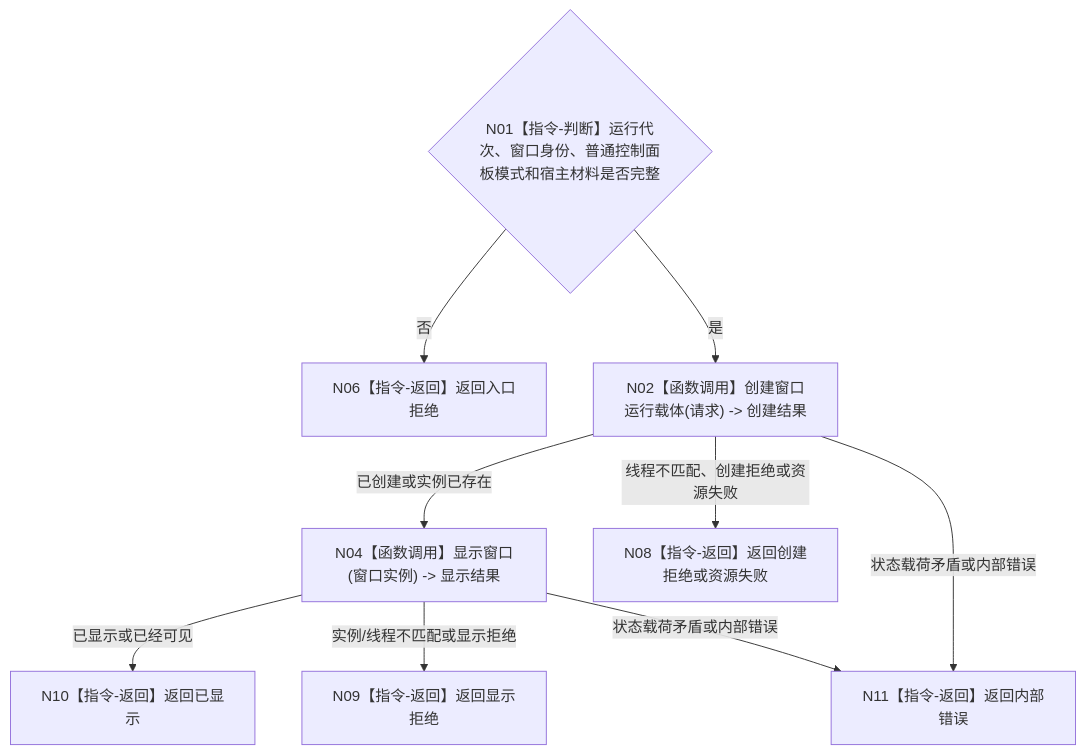
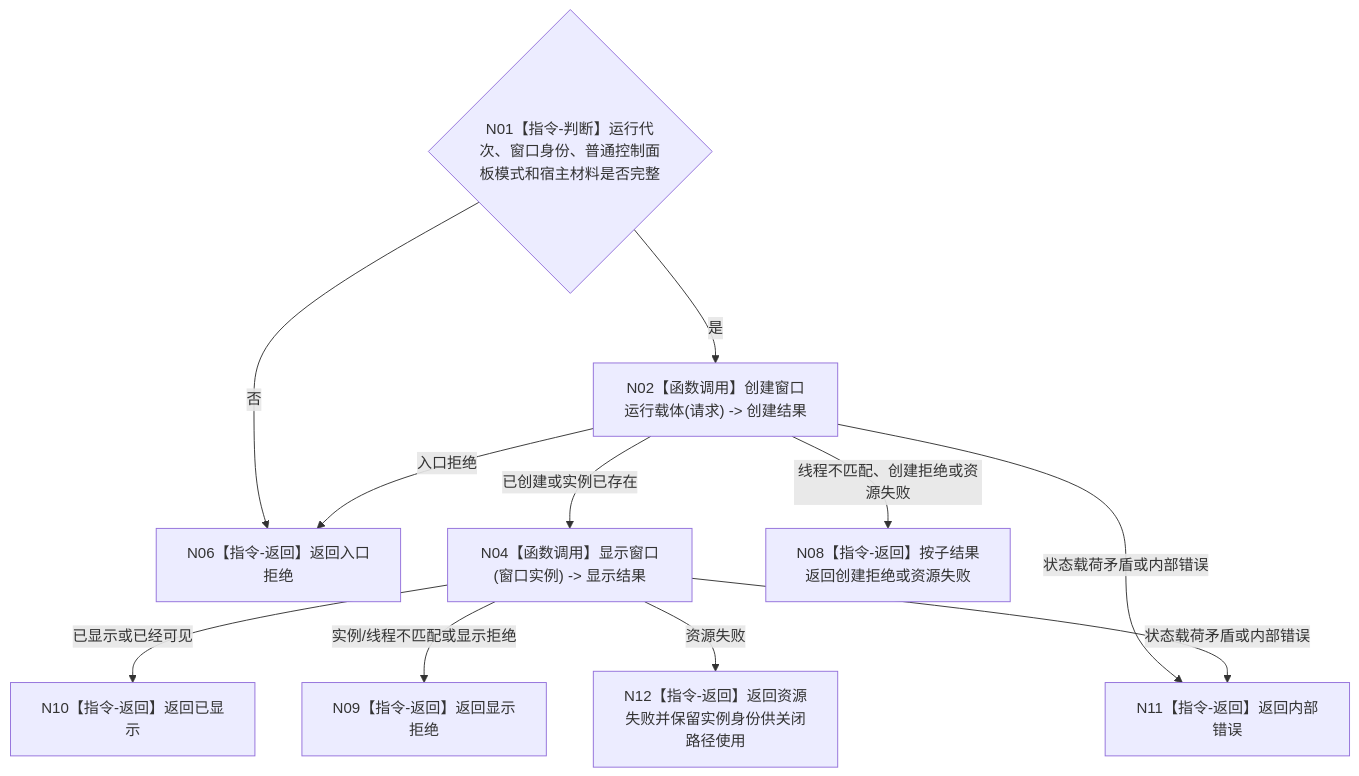
One commit to chunhaizh-cyber/HY-Ego changed the diagram in 流程图/目标业务流程图/L2/BIZ-L2-005-01_创建并显示控制面板窗口_目标函数流程图_v0.2.md. Above: the diagram before and after it, drawn with Mermaid. The commit also changed other lines of this file and 18 other files, not shown here.

````diff
--- a/流程图/目标业务流程图/L2/BIZ-L2-005-01_创建并显示控制面板窗口_目标函数流程图_v0.2.md
+++ b/流程图/目标业务流程图/L2/BIZ-L2-005-01_创建并显示控制面板窗口_目标函数流程图_v0.2.md
@@ -30,11 +30,13 @@
 ```mermaid
 flowchart TD
     N01{"N01【指令-判断】运行代次、窗口身份、普通控制面板模式和宿主材料是否完整"} -->|否| N06["N06【指令-返回】返回入口拒绝"]
     N01 -->|是| N02["N02【函数调用】创建窗口运行载体(请求) -> 创建结果"]
     N02 -->|已创建或实例已存在| N04["N04【函数调用】显示窗口(窗口实例) -> 显示结果"]
-    N02 -->|线程不匹配、创建拒绝或资源失败| N08["N08【指令-返回】返回创建拒绝或资源失败"]
+    N02 -->|入口拒绝| N06
+    N02 -->|线程不匹配、创建拒绝或资源失败| N08["N08【指令-返回】按子结果返回创建拒绝或资源失败"]
     N02 -->|状态载荷矛盾或内部错误| N11["N11【指令-返回】返回内部错误"]
     N04 -->|已显示或已经可见| N10["N10【指令-返回】返回已显示"]
     N04 -->|实例/线程不匹配或显示拒绝| N09["N09【指令-返回】返回显示拒绝"]
+    N04 -->|资源失败| N12["N12【指令-返回】返回资源失败并保留实例身份供关闭路径使用"]
     N04 -->|状态载荷矛盾或内部错误| N11
 ```
````
